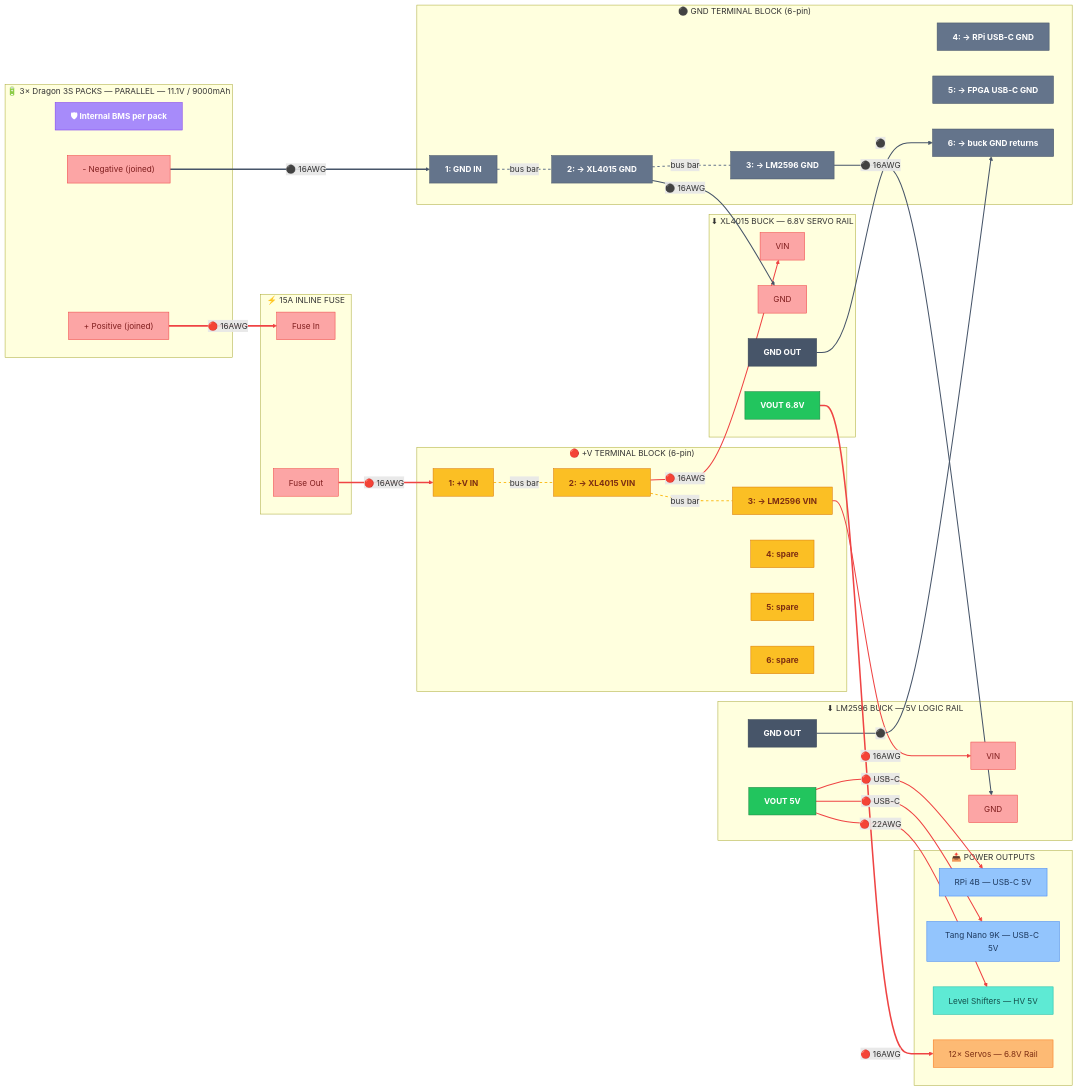
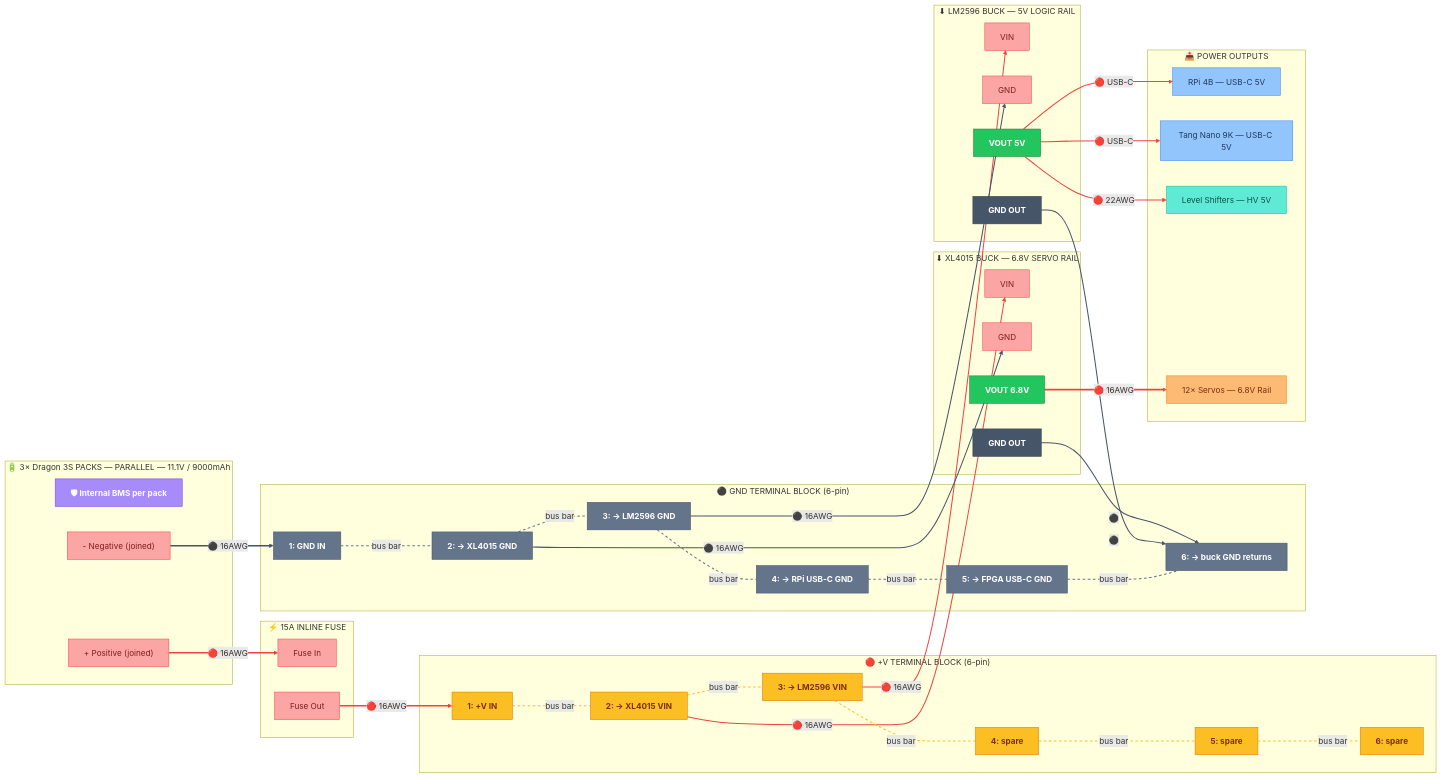
The first of 3 diagrams in control/docs/wiring_power.md (Major-Project-001/VIGIL-RQ), drawn with Mermaid before and after one commit.

Commit message:
docs: extend bus bar links to all 6 terminal positions

````diff
--- a/control/docs/wiring_power.md
+++ b/control/docs/wiring_power.md
@@ -92,11 +92,17 @@
     BL_VOUT -->|"🔴 USB-C"| FPGA_5V
     BL_VOUT -->|"🔴 22AWG"| LS_HV
 
-    %% Bus bars (internal jumpers)
+    %% Bus bars (bare copper wire through all 6 positions)
     PT1 ---|"bus bar"| PT2
     PT2 ---|"bus bar"| PT3
+    PT3 ---|"bus bar"| PT4
+    PT4 ---|"bus bar"| PT5
+    PT5 ---|"bus bar"| PT6
     GT1 ---|"bus bar"| GT2
     GT2 ---|"bus bar"| GT3
+    GT3 ---|"bus bar"| GT4
+    GT4 ---|"bus bar"| GT5
+    GT5 ---|"bus bar"| GT6
 
     linkStyle 0 stroke:#ef4444,stroke-width:3px
     linkStyle 1 stroke:#475569,stroke-width:3px
@@ -106,6 +112,6 @@
     linkStyle 7,8 stroke:#475569,stroke-width:2px
     linkStyle 9 stroke:#ef4444,stroke-width:3px
     linkStyle 10,11,12 stroke:#ef4444,stroke-width:2px
-    linkStyle 13,14 stroke:#fbbf24,stroke-width:2px,stroke-dasharray:5
-    linkStyle 15,16 stroke:#64748b,stroke-width:2px,stroke-dasharray:5
+    linkStyle 13,14,15,16,17 stroke:#fbbf24,stroke-width:2px,stroke-dasharray:5
+    linkStyle 18,19,20,21,22 stroke:#64748b,stroke-width:2px,stroke-dasharray:5
 ```
````
